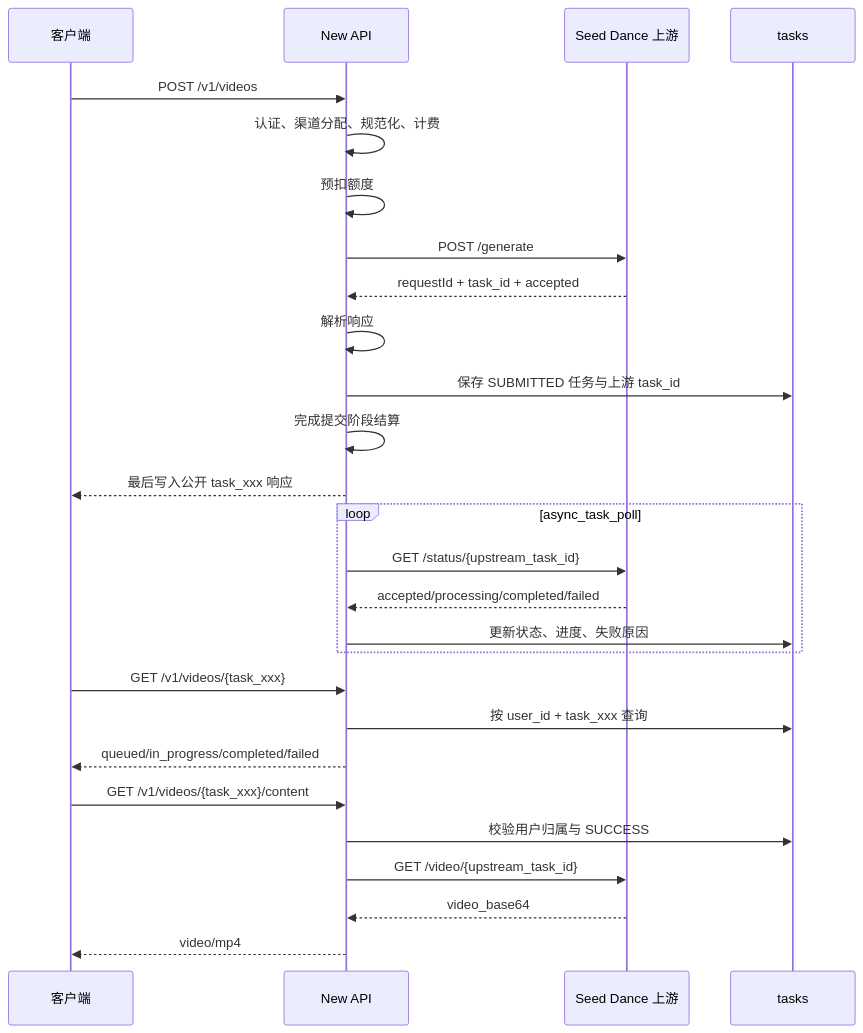
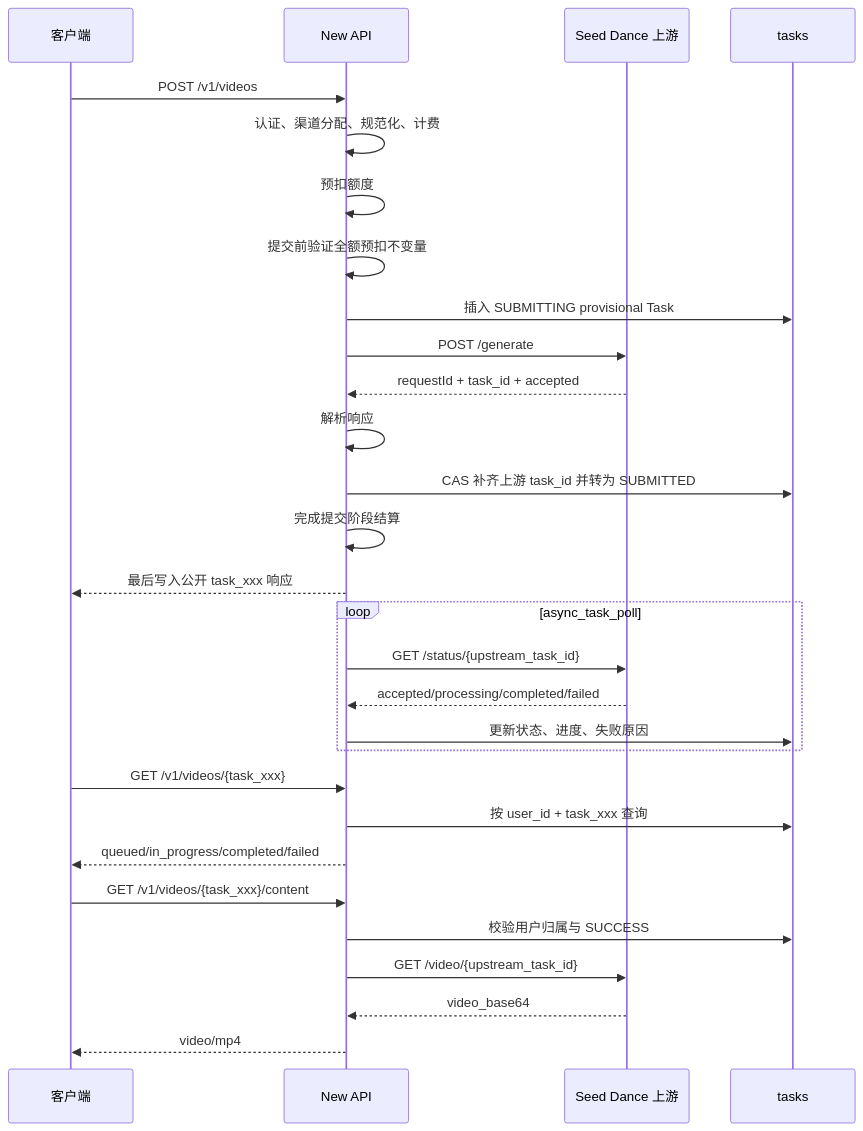
One commit to wlhtea/new-api changed the diagram in docs/superpowers/specs/2026-07-24-seed-dance-channel-design.md. Above: the diagram before and after it, drawn with Mermaid. The commit also changed other lines of this file and 1 other file, not shown here.

````diff
--- a/docs/superpowers/specs/2026-07-24-seed-dance-channel-design.md
+++ b/docs/superpowers/specs/2026-07-24-seed-dance-channel-design.md
@@ -233,33 +250,35 @@
 ```mermaid
 sequenceDiagram
     participant C as 客户端
     participant N as New API
     participant U as Seed Dance 上游
     participant DB as tasks
 
     C->>N: POST /v1/videos
     N->>N: 认证、渠道分配、规范化、计费
     N->>N: 预扣额度
+    N->>N: 提交前验证全额预扣不变量
+    N->>DB: 插入 SUBMITTING provisional Task
     N->>U: POST /generate
     U-->>N: requestId + task_id + accepted
     N->>N: 解析响应
-    N->>DB: 保存 SUBMITTED 任务与上游 task_id
+    N->>DB: CAS 补齐上游 task_id 并转为 SUBMITTED
     N->>N: 完成提交阶段结算
     N-->>C: 最后写入公开 task_xxx 响应
 
     loop async_task_poll
         N->>U: GET /status/{upstream_task_id}
         U-->>N: accepted/processing/completed/failed
         N->>DB: 更新状态、进度、失败原因
     end
 
     C->>N: GET /v1/videos/{task_xxx}
     N->>DB: 按 user_id + task_xxx 查询
     N-->>C: queued/in_progress/completed/failed
 
     C->>N: GET /v1/videos/{task_xxx}/content
     N->>DB: 校验用户归属与 SUCCESS
     N->>U: GET /video/{upstream_task_id}
     U-->>N: video_base64
     N-->>C: video/mp4
 ```
````
